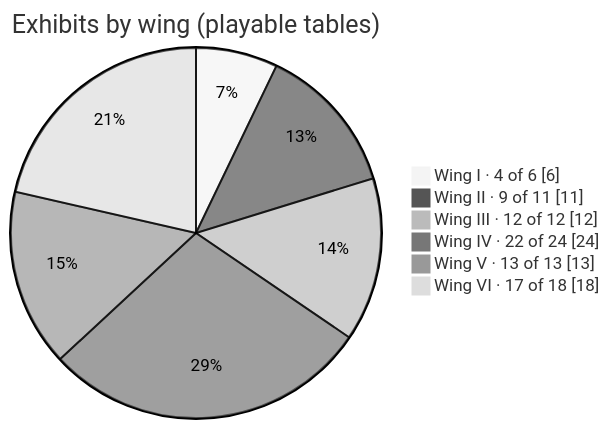
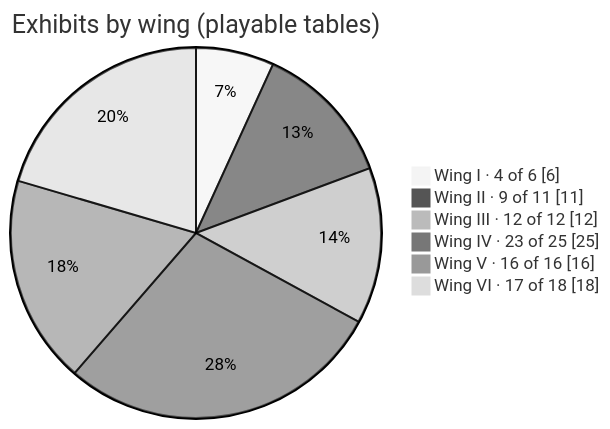
One commit to CptNope/Librarium-Archives changed the first of 8 diagrams in docs/exhibits.md. Above: the diagram before and after it, drawn with Mermaid (neutral theme). The commit also changed other lines of this file and 43 other files, not shown here.

````diff
--- a/docs/exhibits.md
+++ b/docs/exhibits.md
@@ -7,10 +7,10 @@
 ```mermaid
 pie showData
     title Exhibits by wing (playable tables)
     "Wing I · 4 of 6" : 6
     "Wing II · 9 of 11" : 11
     "Wing III · 12 of 12" : 12
-    "Wing IV · 22 of 24" : 24
-    "Wing V · 13 of 13" : 13
+    "Wing IV · 23 of 25" : 25
+    "Wing V · 16 of 16" : 16
     "Wing VI · 17 of 18" : 18
 ```
````
